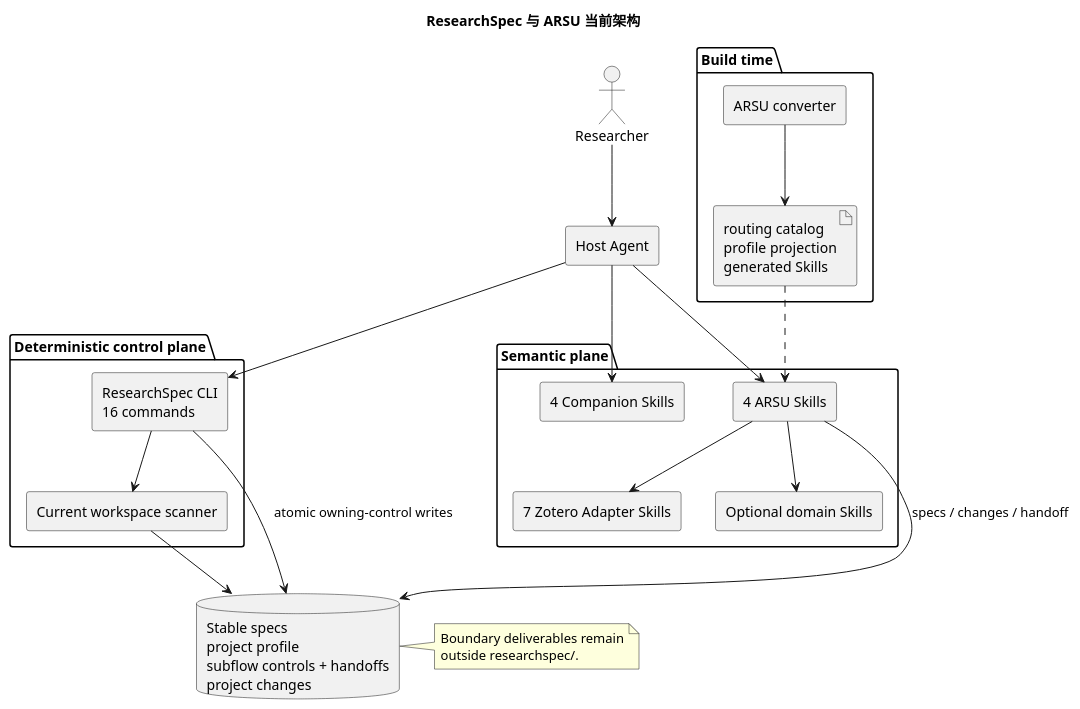
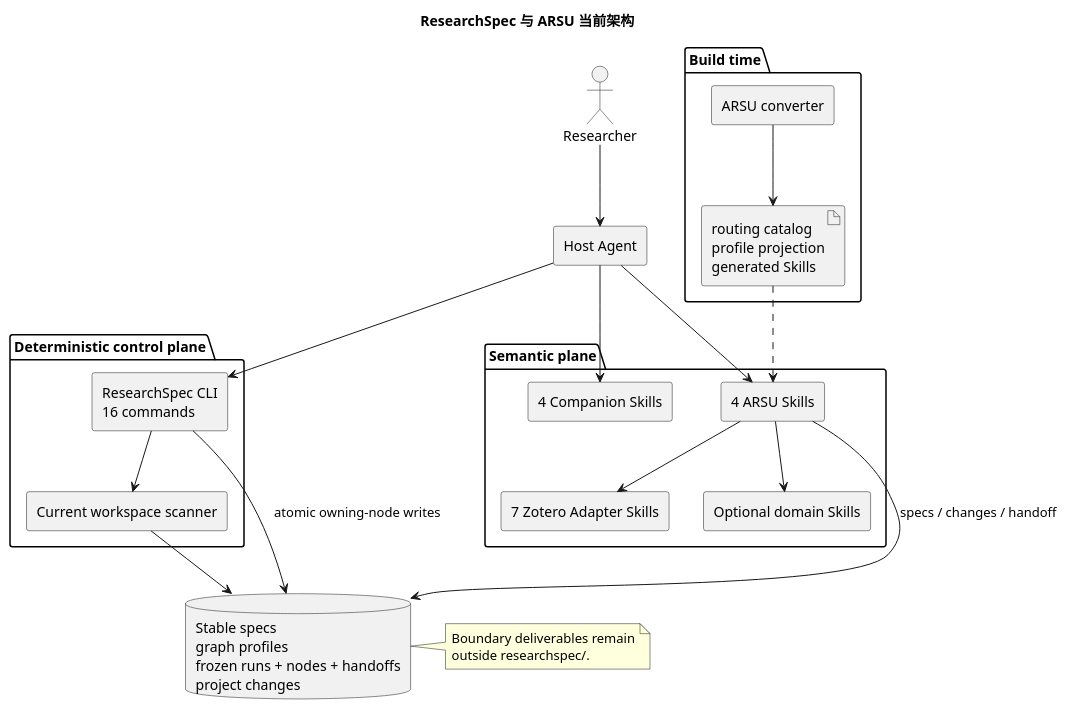
The diagram in docs/researchspec_arsu_runtime/diagrams/src/system-architecture.puml (leike0813/ResearchSpec), drawn with PlantUML before and after one commit. The commit also changed 333 other files, not shown here.

Commit message:
refactor: close capability graph refactor gaps (stage 2)

```diff
--- a/docs/researchspec_arsu_runtime/diagrams/src/system-architecture.puml
+++ b/docs/researchspec_arsu_runtime/diagrams/src/system-architecture.puml
@@ -1,38 +1,38 @@
 @startuml
 title ResearchSpec 与 ARSU 当前架构
 skinparam componentStyle rectangle
 skinparam shadowing false
 actor Researcher
 rectangle "Host Agent" as Host
 package "Semantic plane" {
   component "4 ARSU Skills" as ARSU
   component "4 Companion Skills" as Companion
   component "7 Zotero Adapter Skills" as Zotero
   component "Optional domain Skills" as Plugins
 }
 package "Deterministic control plane" {
   component "ResearchSpec CLI\n16 commands" as CLI
   component "Current workspace scanner" as Scanner
 }
-database "Stable specs\nproject profile\nsubflow controls + handoffs\nproject changes" as Files
+database "Stable specs\ngraph profiles\nfrozen runs + nodes + handoffs\nproject changes" as Files
 package "Build time" {
   component "ARSU converter" as Converter
   artifact "routing catalog\nprofile projection\ngenerated Skills" as Projection
 }
 Researcher --> Host
 Host --> ARSU
 Host --> Companion
 ARSU --> Zotero
 ARSU --> Plugins
 Host --> CLI
 CLI --> Scanner
 Scanner --> Files
-CLI --> Files : atomic owning-control writes
+CLI --> Files : atomic owning-node writes
 ARSU --> Files : specs / changes / handoff
 Converter --> Projection
 Projection ..> ARSU
 note right of Files
   Boundary deliverables remain
   outside researchspec/.
 end note
 @enduml
```
